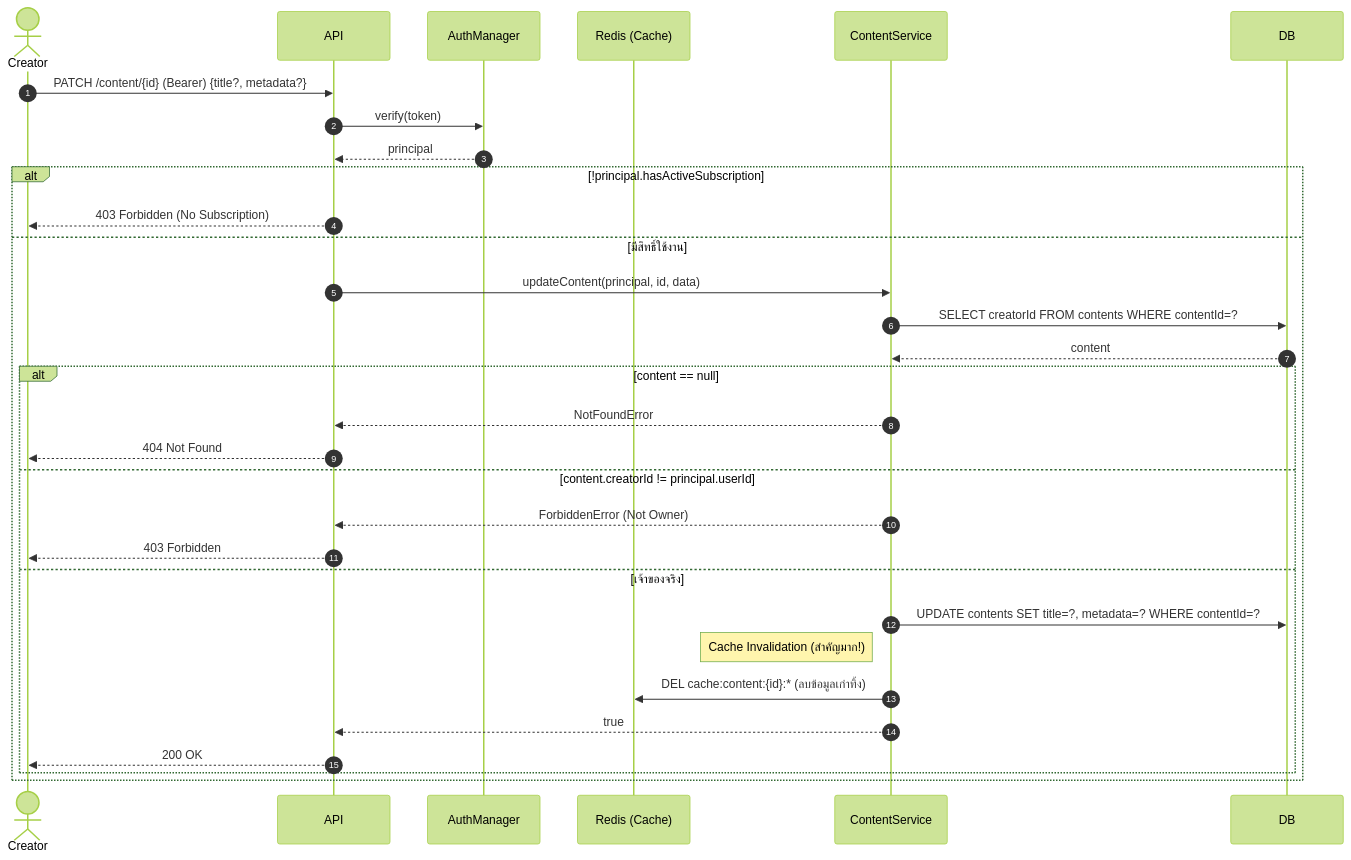
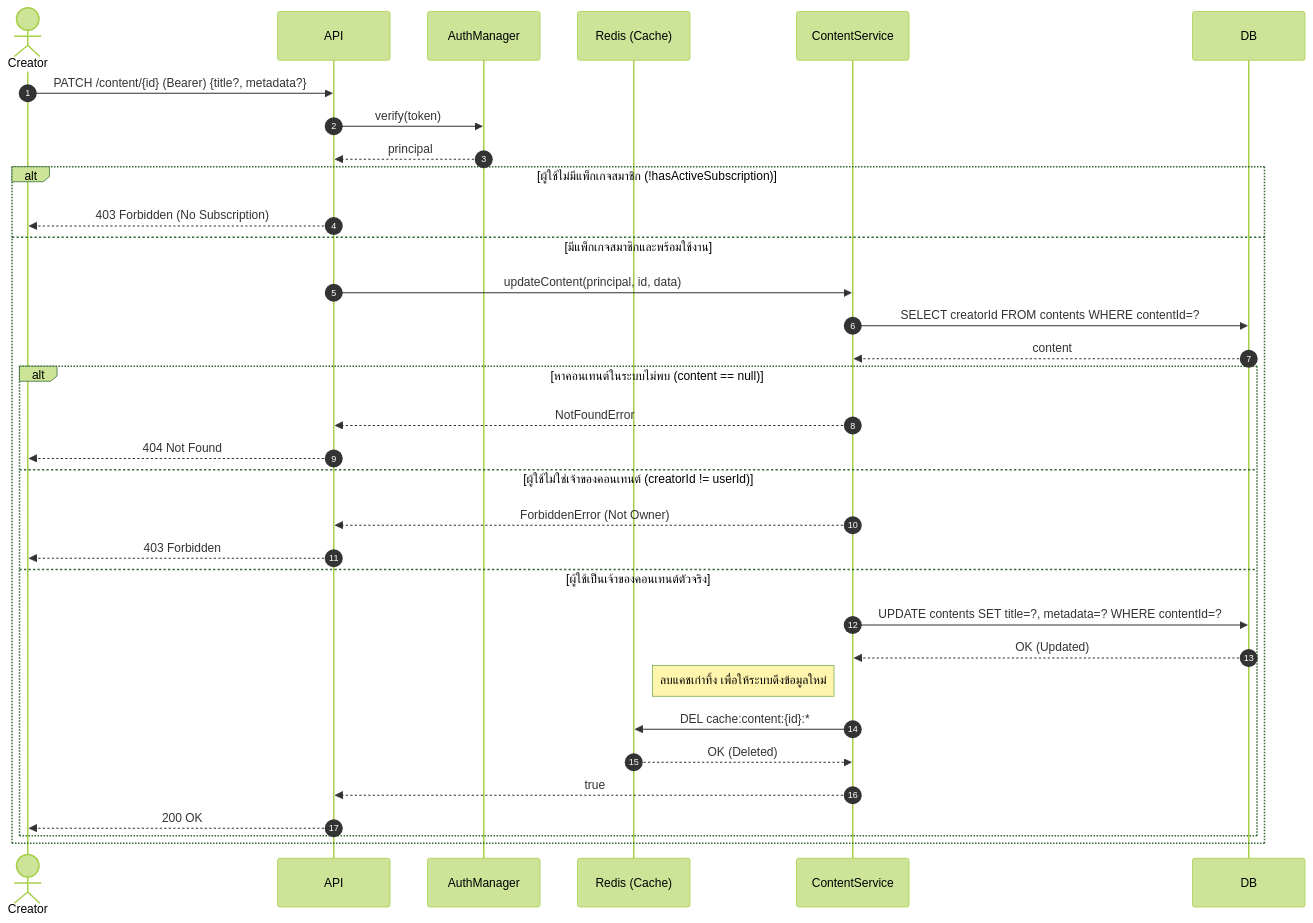
One commit to Bank-e/Music-Video-Streaming-Subscription-System changed the fourth of 6 diagrams in doc/sequence_04_content.md. Above: the diagram before and after it, drawn with Mermaid (forest theme). The commit also changed other lines of this file and 3 other files, not shown here.

Commit message:
docs: update sequence diagrams and add high level architecture

````diff
--- a/doc/sequence_04_content.md
+++ b/doc/sequence_04_content.md
@@ -191,38 +203,41 @@
 ```mermaid
 sequenceDiagram
     autonumber
     actor Creator
     participant API
     participant AM as AuthManager
     participant Cache as Redis (Cache)
     participant CS as ContentService
     participant DB
 
     Creator->>API: PATCH /content/{id} (Bearer) {title?, metadata?}
     API->>AM: verify(token)
     AM-->>API: principal
 
-    alt !principal.hasActiveSubscription
+    alt ผู้ใช้ไม่มีแพ็กเกจสมาชิก (!hasActiveSubscription)
         API-->>Creator: 403 Forbidden (No Subscription)
-    else มีสิทธิ์ใช้งาน
+    else มีแพ็กเกจสมาชิกและพร้อมใช้งาน
         API->>CS: updateContent(principal, id, data)
 
         CS->>DB: SELECT creatorId FROM contents WHERE contentId=?
         DB-->>CS: content
 
-        alt content == null
+        alt หาคอนเทนต์ในระบบไม่พบ (content == null)
             CS-->>API: NotFoundError
             API-->>Creator: 404 Not Found
-        else content.creatorId != principal.userId
+        else ผู้ใช้ไม่ใช่เจ้าของคอนเทนต์ (creatorId != userId)
             CS-->>API: ForbiddenError (Not Owner)
             API-->>Creator: 403 Forbidden
-        else เจ้าของจริง
+        else ผู้ใช้เป็นเจ้าของคอนเทนต์ตัวจริง
             CS->>DB: UPDATE contents SET title=?, metadata=? WHERE contentId=?
+            DB-->>CS: OK (Updated)
 
-            Note left of CS: Cache Invalidation (สำคัญมาก!)
-            CS->>Cache: DEL cache:content:{id}:* (ลบข้อมูลเก่าทิ้ง)
+            Note left of CS: ลบแคชเก่าทิ้ง เพื่อให้ระบบดึงข้อมูลใหม่
+            CS->>Cache: DEL cache:content:{id}:*
+            Cache-->>CS: OK (Deleted)
+
             CS-->>API: true
             API-->>Creator: 200 OK
         end
     end
 ```
````
